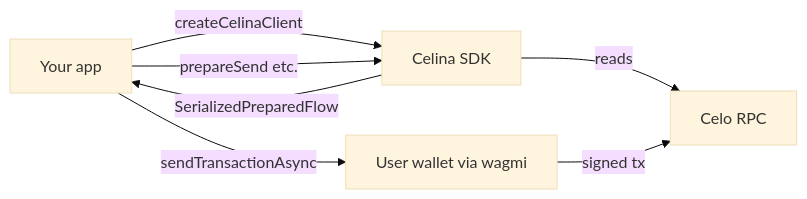
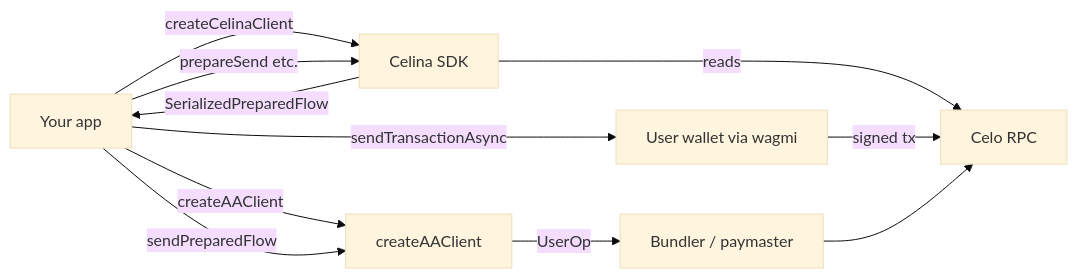
One commit to andrewkimjoseph/celina-sdk changed the first of 2 diagrams in docs/concepts/architecture.md. Above: the diagram before and after it, drawn with Mermaid (base theme). The commit also changed other lines of this file and 115 other files, not shown here.

````diff
--- a/docs/concepts/architecture.md
+++ b/docs/concepts/architecture.md
@@ -17,14 +17,20 @@
 ```mermaid
 flowchart LR
   app[Your app]
   sdk[Celina SDK]
+  aa[createAAClient]
   rpc[Celo RPC]
   wallet[User wallet via wagmi]
+  bundler[Bundler / paymaster]
 
   app -->|createCelinaClient| sdk
   sdk -->|reads| rpc
   app -->|prepareSend etc.| sdk
   sdk -->|SerializedPreparedFlow| app
   app -->|sendTransactionAsync| wallet
   wallet -->|signed tx| rpc
+  app -->|createAAClient| aa
+  app -->|sendPreparedFlow| aa
+  aa -->|UserOp| bundler
+  bundler --> rpc
 ```
````
